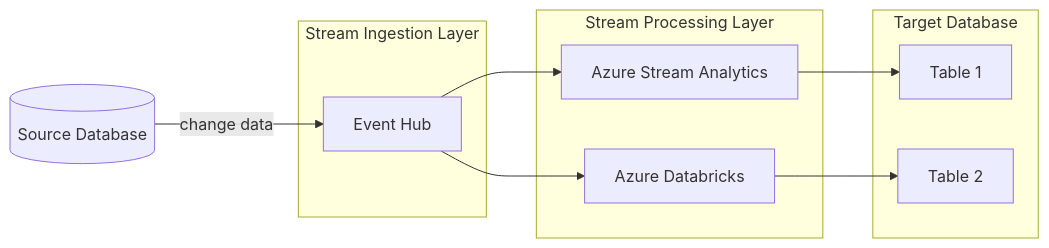
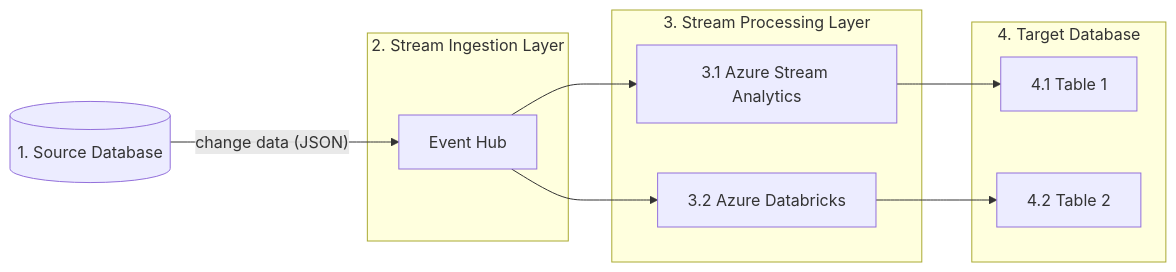
Before and after one commit to matthewtatsch/azure-streaming-cdc-poc: the diagram in README.md, drawn with Mermaid. The commit also changed other lines of this file, not shown here.

Commit message:
scenario narrative

````diff
--- a/README.md
+++ b/README.md
@@ -7,18 +7,19 @@
 ```mermaid
 flowchart LR
-    subgraph Stream Ingestion Layer
+    srcDB[(1. Source Database)]
+    subgraph 2. Stream Ingestion Layer
         eh[Event Hub]
     end
-    subgraph Stream Processing Layer
-        asa[Azure Stream Analytics]
-        adb[Azure Databricks]
+    subgraph 3. Stream Processing Layer
+        asa[3.1 Azure Stream Analytics]
+        adb[3.2 Azure Databricks]
     end
-    subgraph Target Database
-        asaTable[Table 1]
-        adbTable[Table 2]
+    subgraph 4. Target Database
+        asaTable[4.1 Table 1]
+        adbTable[4.2 Table 2]
     end
-    srcDB[(Source Database)] --change data--> eh
+    srcDB --"change data (JSON)"--> eh
     eh --> asa & adb
-    asa --> asaTable[Table 1]
-    adb --> adbTable[Table 2]
+    asa --> asaTable
+    adb --> adbTable
 ```
````
